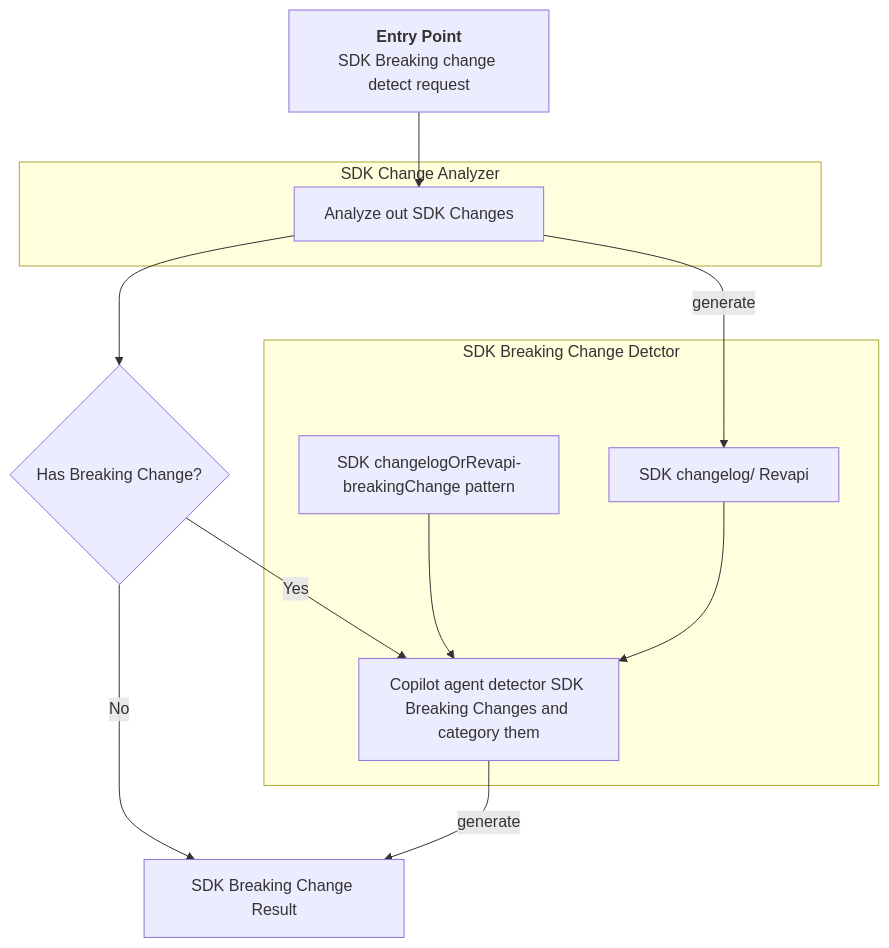
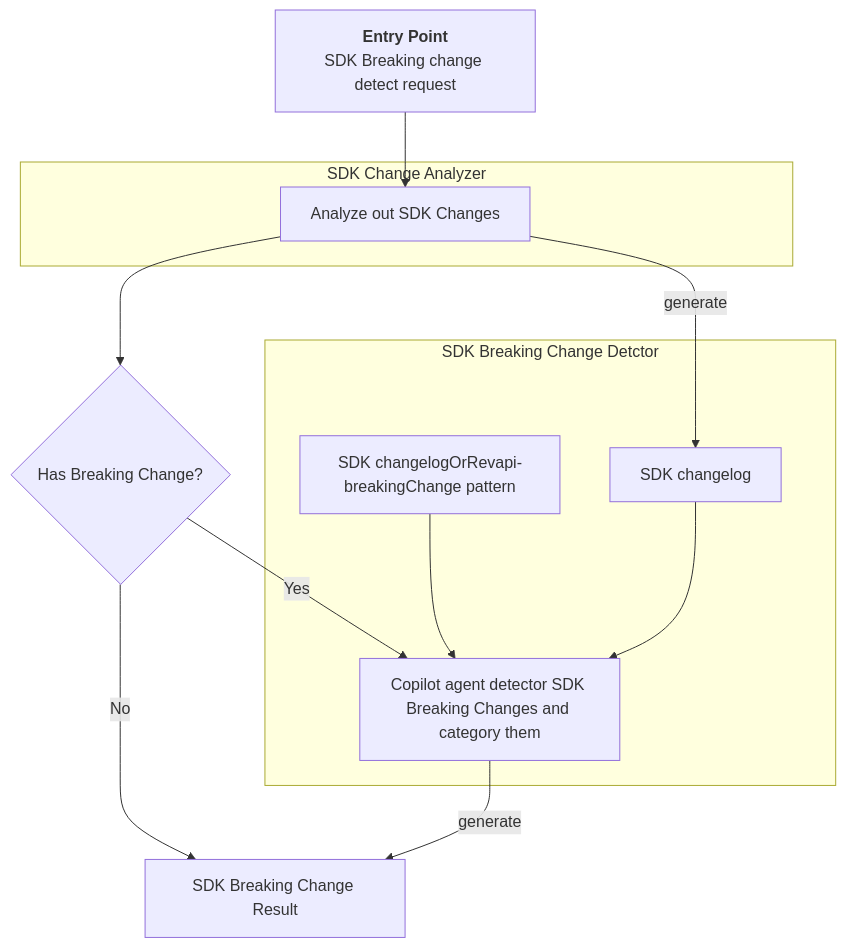
One commit to Azure/azure-sdk-tools changed the first of 2 diagrams in tools/azsdk-cli/docs/specs/sdk-breaking-change-detect.spec.md. Above: the diagram before and after it, drawn with Mermaid. The commit also changed other lines of this file, not shown here.

````diff
--- a/tools/azsdk-cli/docs/specs/sdk-breaking-change-detect.spec.md
+++ b/tools/azsdk-cli/docs/specs/sdk-breaking-change-detect.spec.md
@@ -153,27 +168,27 @@
 ```mermaid
 flowchart TD
     Entry[<b>Entry Point</b><br/>SDK Breaking change detect request]
     A[Analyze out SDK Changes]
     B{Has Breaking Change?}
     C[Copilot agent detector SDK Breaking Changes and category them]
     D[SDK Breaking Change Result]
     E[SDK changelogOrRevapi-breakingChange pattern]
-    F[SDK changelog/ Revapi]
+    F[SDK changelog]
     subgraph SDK Change Analyzer
         A
     end
     subgraph SDK Breaking Change Detctor
         E
         F
         C
     end
 
     Entry --> A
     A --> B
     A --> |generate| F
     B -- Yes --> C
     C --> |generate| D
     B -- No --> D
     E --> C
     F --> C
 ```
````
